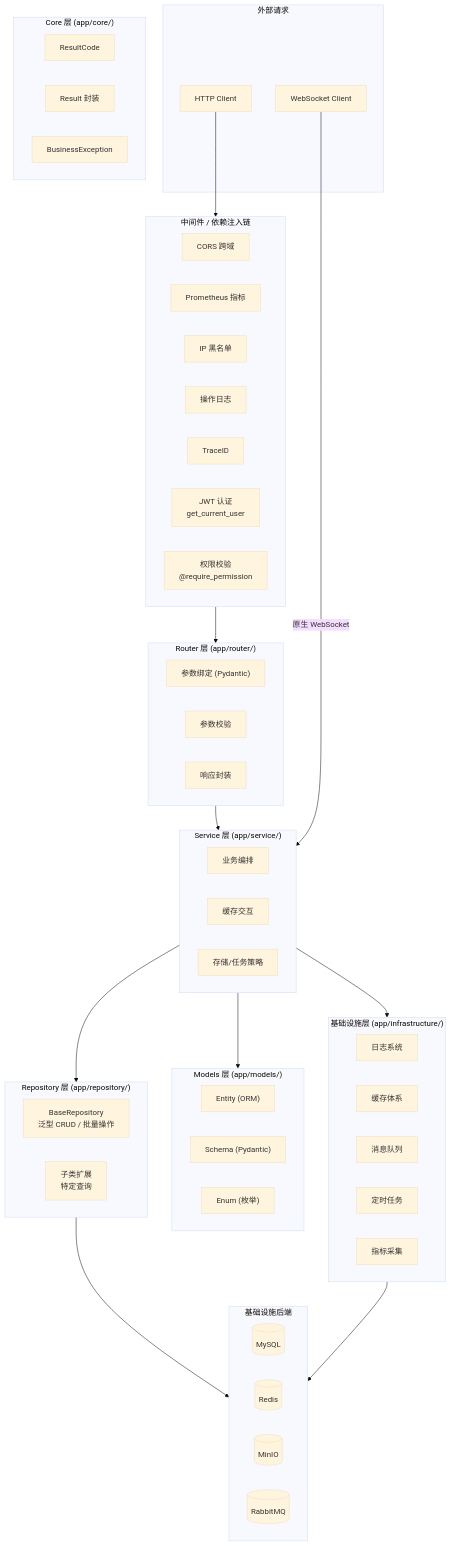
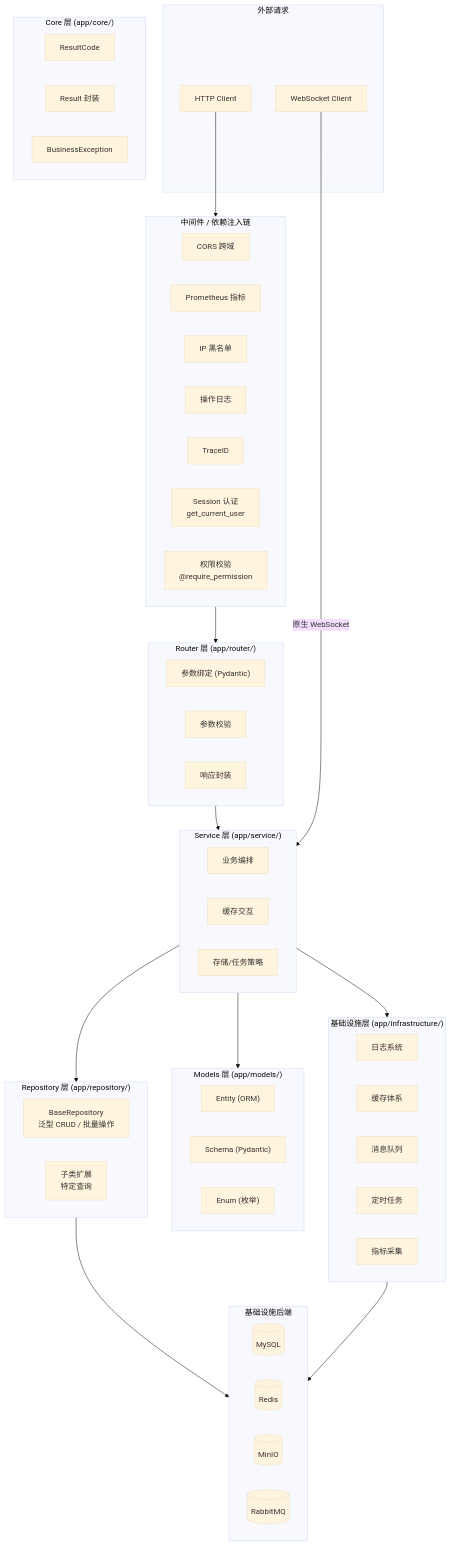
The first of 15 diagrams in dehaze-doc/docs/04-项目实现/后端/03-Python算法服务架构文档.md (earthy-zinc/dehaze-system), drawn with Mermaid (base theme) before and after one commit. The commit also changed other lines of this file and 10 other files, not shown here.

First line of the commit message:
docs: update all documents to replace JWT with Session authentication

````diff
--- a/dehaze-doc/docs/04-项目实现/后端/03-Python算法服务架构文档.md
+++ b/dehaze-doc/docs/04-项目实现/后端/03-Python算法服务架构文档.md
@@ -218,74 +217,74 @@
 ```mermaid
 flowchart TB
     subgraph External["外部请求"]
         Client["HTTP Client"]
         WS["WebSocket Client"]
     end
 
     subgraph Middleware["中间件 / 依赖注入链"]
         direction LR
         CORS["CORS 跨域"]
         Prometheus["Prometheus 指标"]
         IPBlacklist["IP 黑名单"]
         OpLog["操作日志"]
         Trace["TraceID"]
-        JWT["JWT 认证<br/>get_current_user"]
+        SessionAuth["Session 认证<br/>get_current_user"]
         Permission["权限校验<br/>@require_permission"]
     end
 
     subgraph Router["Router 层 (app/router/)"]
         direction LR
         R1["参数绑定 (Pydantic)"]
         R2["参数校验"]
         R3["响应封装"]
     end
 
     subgraph Service["Service 层 (app/service/)"]
         direction LR
         S1["业务编排"]
         S2["缓存交互"]
         S3["存储/任务策略"]
     end
 
     subgraph Repository["Repository 层 (app/repository/)"]
         direction LR
         Repo1["BaseRepository<br/>泛型 CRUD / 批量操作"]
         Repo2["子类扩展<br/>特定查询"]
     end
 
     subgraph Models["Models 层 (app/models/)"]
         direction LR
         Entity["Entity (ORM)"]
         Schema["Schema (Pydantic)"]
         Enum["Enum (枚举)"]
     end
 
     subgraph Core["Core 层 (app/core/)"]
         direction LR
         Code["ResultCode"]
         Result["Result 封装"]
         Exc["BusinessException"]
     end
 
     subgraph Infra["基础设施层 (app/infrastructure/)"]
         direction LR
         Logging["日志系统"]
         Cache["缓存体系"]
         MQ["消息队列"]
         Job["定时任务"]
         Metrics["指标采集"]
     end
 
     subgraph InfraBackend["基础设施后端"]
         direction LR
         MySQL[("MySQL")]
         Redis[("Redis")]
         MinIO[("MinIO")]
         RabbitMQ[("RabbitMQ")]
     end
 
     Client --> Middleware --> Router --> Service --> Repository --> MySQL
     Service --> Models
     Service --> Infra --> InfraBackend
     WS -->|"原生 WebSocket"| Service
 ```
````
